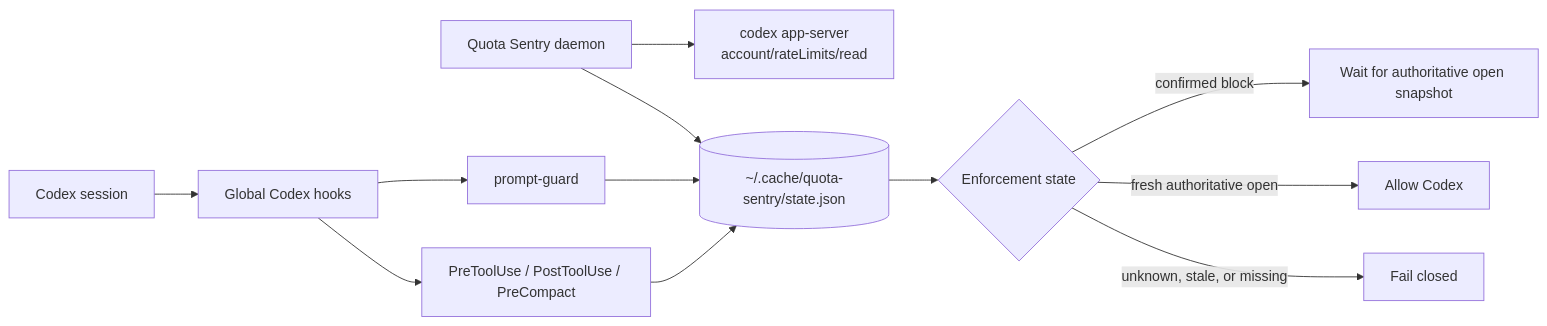
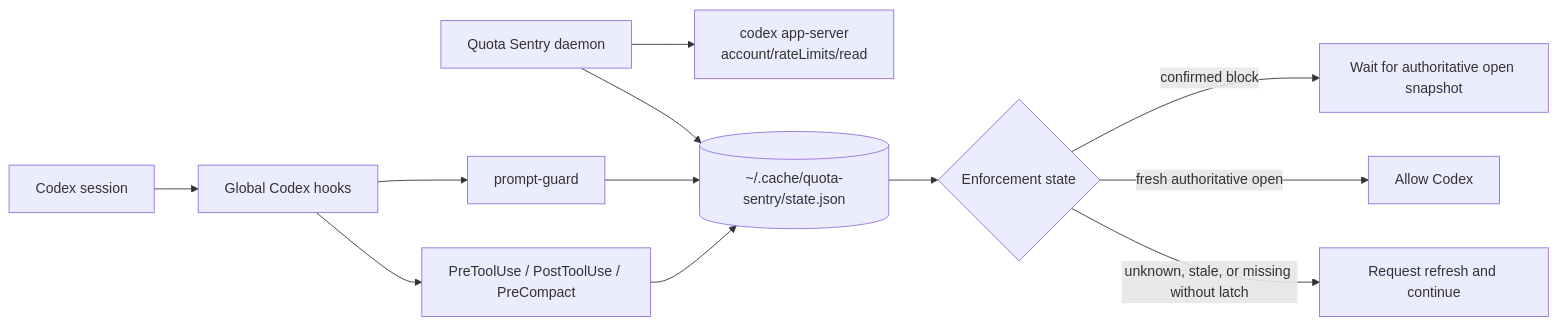
One commit to dhruvil009/QuotaSentry changed the diagram in README.md. Above: the diagram before and after it, drawn with Mermaid. The commit also changed other lines of this file and 7 other files, not shown here.

````diff
--- a/README.md
+++ b/README.md
@@ -50,16 +50,16 @@
 ```mermaid
 flowchart LR
     codex[Codex session] --> hooks[Global Codex hooks]
     hooks --> promptGuard[prompt-guard]
     hooks --> checkpoints[PreToolUse / PostToolUse / PreCompact]
 
     daemon[Quota Sentry daemon] --> appServer[codex app-server<br/>account/rateLimits/read]
     daemon --> state[(~/.cache/quota-sentry/state.json)]
 
     promptGuard --> state
     checkpoints --> state
     state --> decision{Enforcement state}
     decision -->|confirmed block| wait[Wait for authoritative open snapshot]
     decision -->|fresh authoritative open| open[Allow Codex]
-    decision -->|unknown, stale, or missing| stop[Fail closed]
+    decision -->|unknown, stale, or missing without latch| recover[Request refresh and continue]
 ```
````
